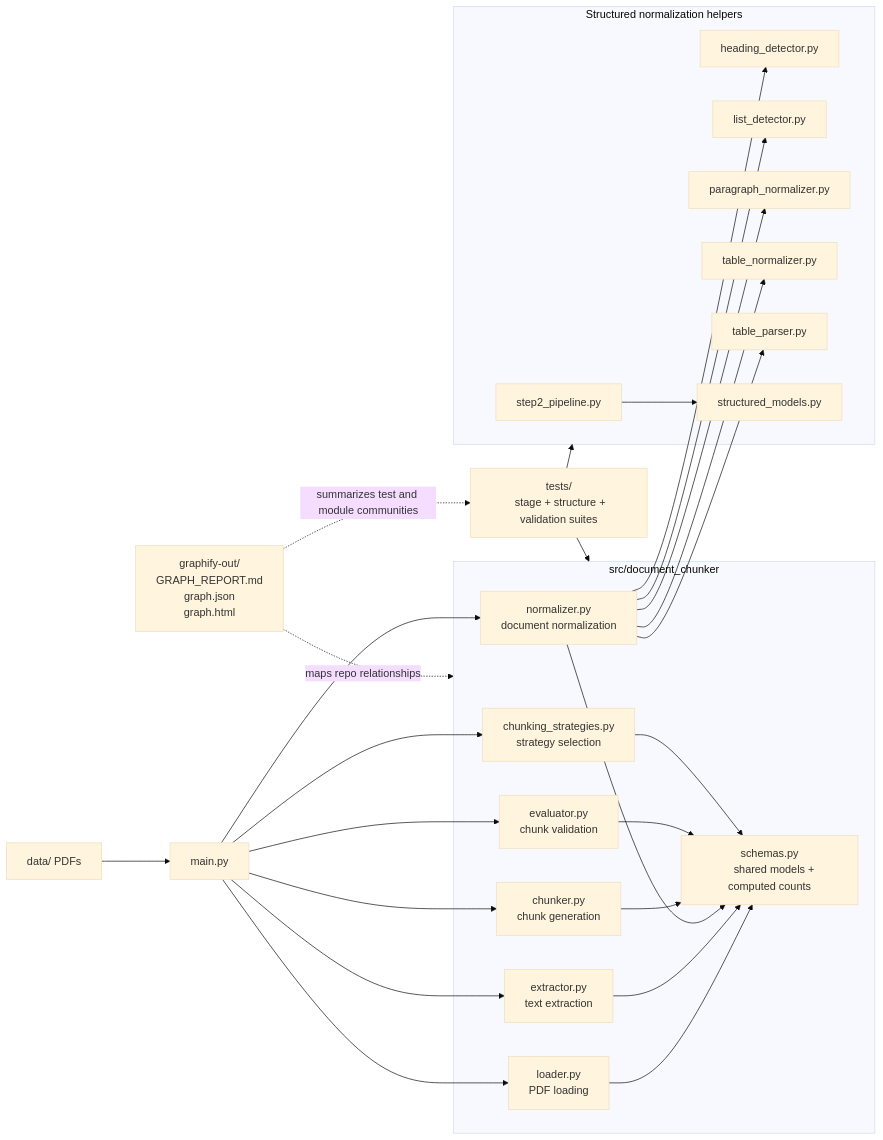
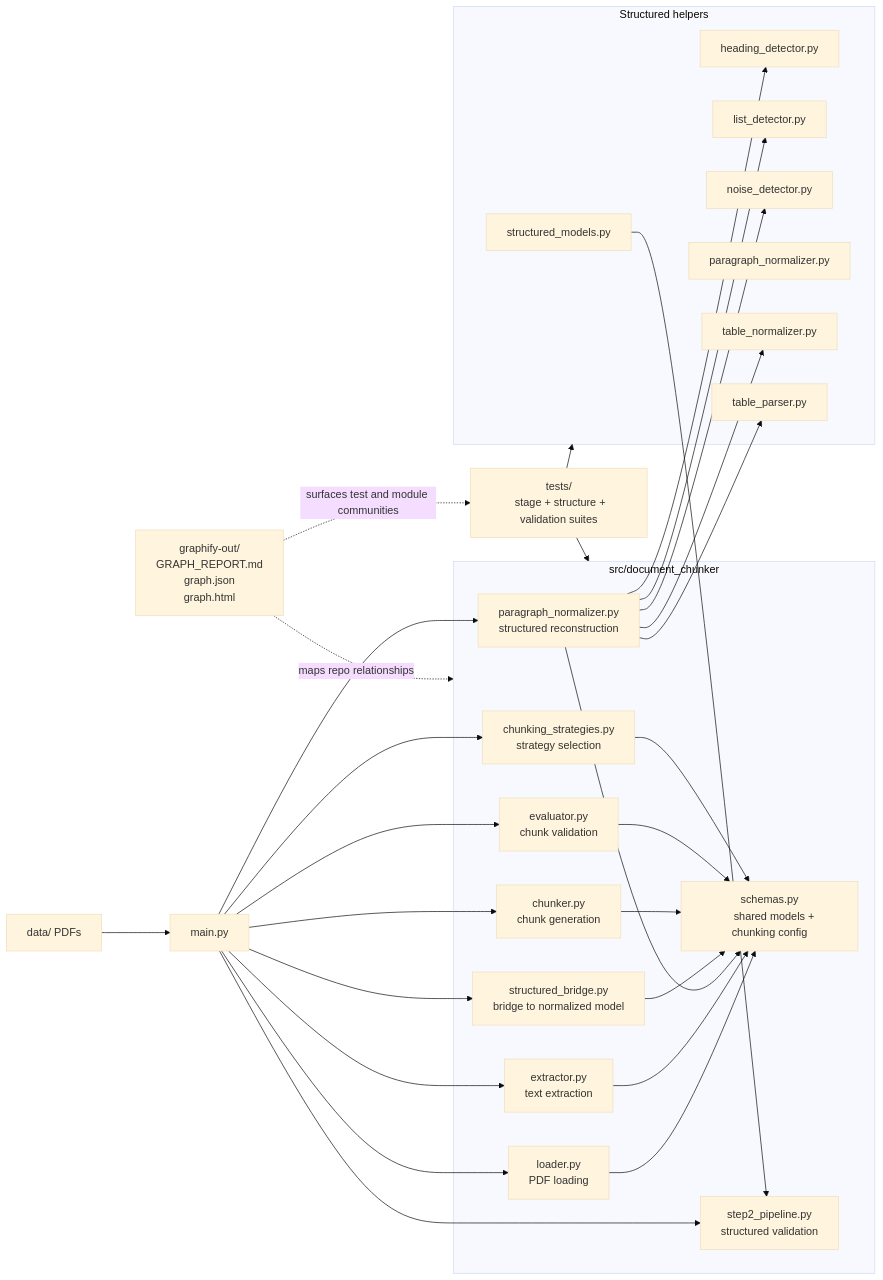
One commit to E-techgod/document-chunker changed the first of 2 diagrams in README.md. Above: the diagram before and after it, drawn with Mermaid (base theme). The commit also changed other lines of this file, not shown here.

Commit message:
Update README to match current pipeline (#5)

````diff
--- a/README.md
+++ b/README.md
@@ -24,65 +26,72 @@
 ```mermaid
 flowchart LR
   main["main.py"]
   data["data/ PDFs"]
   graphify["graphify-out/
   GRAPH_REPORT.md
   graph.json
   graph.html"]
   tests["tests/
   stage + structure + validation suites"]
 
   subgraph core["src/document_chunker"]
     schemas["schemas.py
-    shared models + computed counts"]
+    shared models + chunking config"]
     loader["loader.py
     PDF loading"]
     extractor["extractor.py
     text extraction"]
-    normalizer["normalizer.py
-    document normalization"]
+    structured["paragraph_normalizer.py
+    structured reconstruction"]
+    step2["step2_pipeline.py
+    structured validation"]
+    bridge["structured_bridge.py
+    bridge to normalized model"]
     chunker["chunker.py
     chunk generation"]
     evaluator["evaluator.py
     chunk validation"]
     strategies["chunking_strategies.py
     strategy selection"]
   end
 
-  subgraph structure["Structured normalization helpers"]
+  subgraph helpers["Structured helpers"]
     heading["heading_detector.py"]
     listd["list_detector.py"]
+    noise["noise_detector.py"]
     paragraph["paragraph_normalizer.py"]
     table_norm["table_normalizer.py"]
     table_parse["table_parser.py"]
-    structured["structured_models.py"]
-    step2["step2_pipeline.py"]
+    structured_models["structured_models.py"]
   end
 
   data --> main
   main --> loader
   main --> extractor
-  main --> normalizer
+  main --> structured
+  main --> step2
+  main --> bridge
   main --> chunker
   main --> evaluator
   main --> strategies
 
   loader --> schemas
   extractor --> schemas
-  normalizer --> schemas
+  structured --> schemas
+  bridge --> schemas
   chunker --> schemas
   evaluator --> schemas
   strategies --> schemas
 
-  normalizer --> heading
-  normalizer --> listd
-  normalizer --> paragraph
-  normalizer --> table_norm
-  normalizer --> table_parse
-  step2 --> structured
+  structured --> heading
+  structured --> listd
+  structured --> noise
+  structured --> table_norm
+  structured --> table_parse
+  structured_models --> step2
 
   tests --> core
-  tests --> structure
+  tests --> helpers
   graphify -. maps repo relationships .-> core
-  graphify -. summarizes test and module communities .-> tests
+  graphify -. surfaces test and module communities .-> tests
 ```
````
